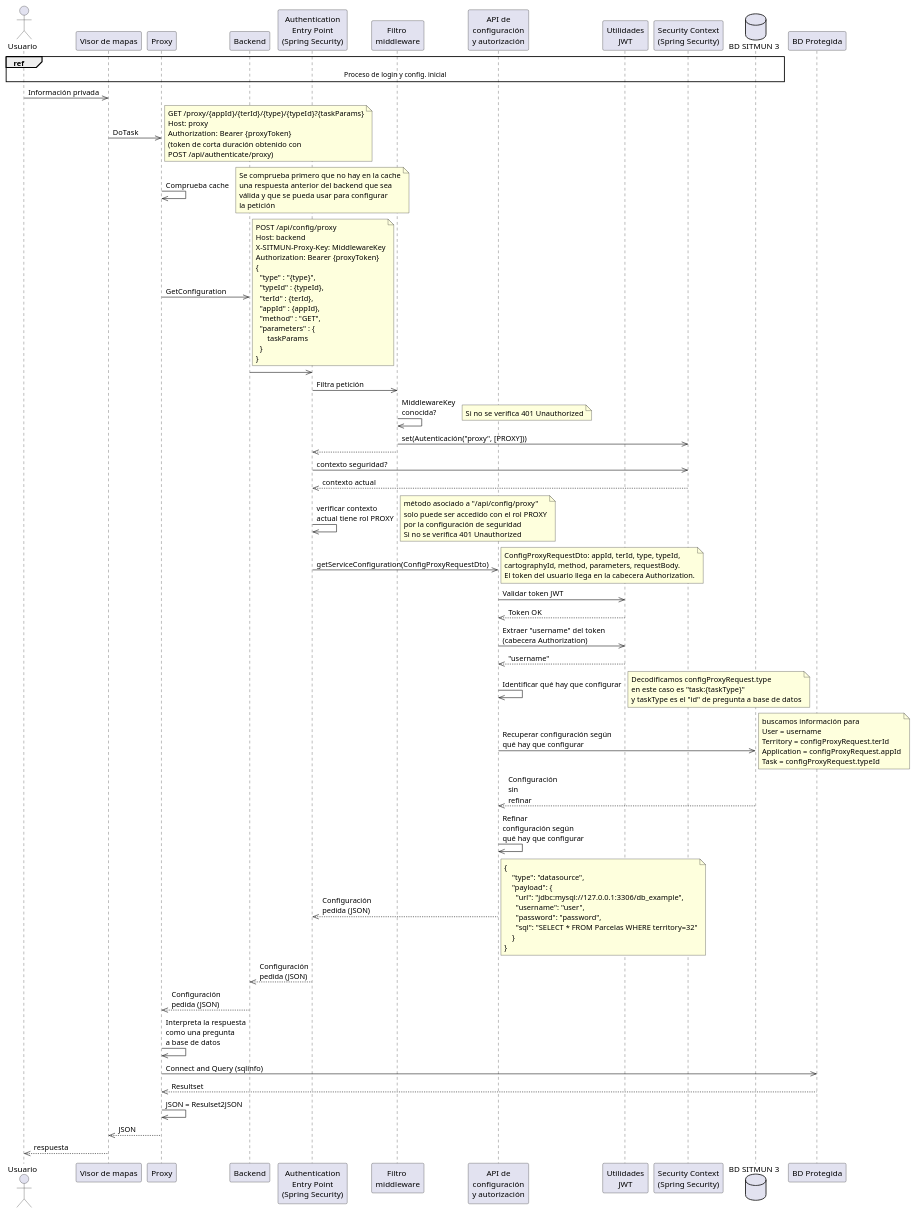
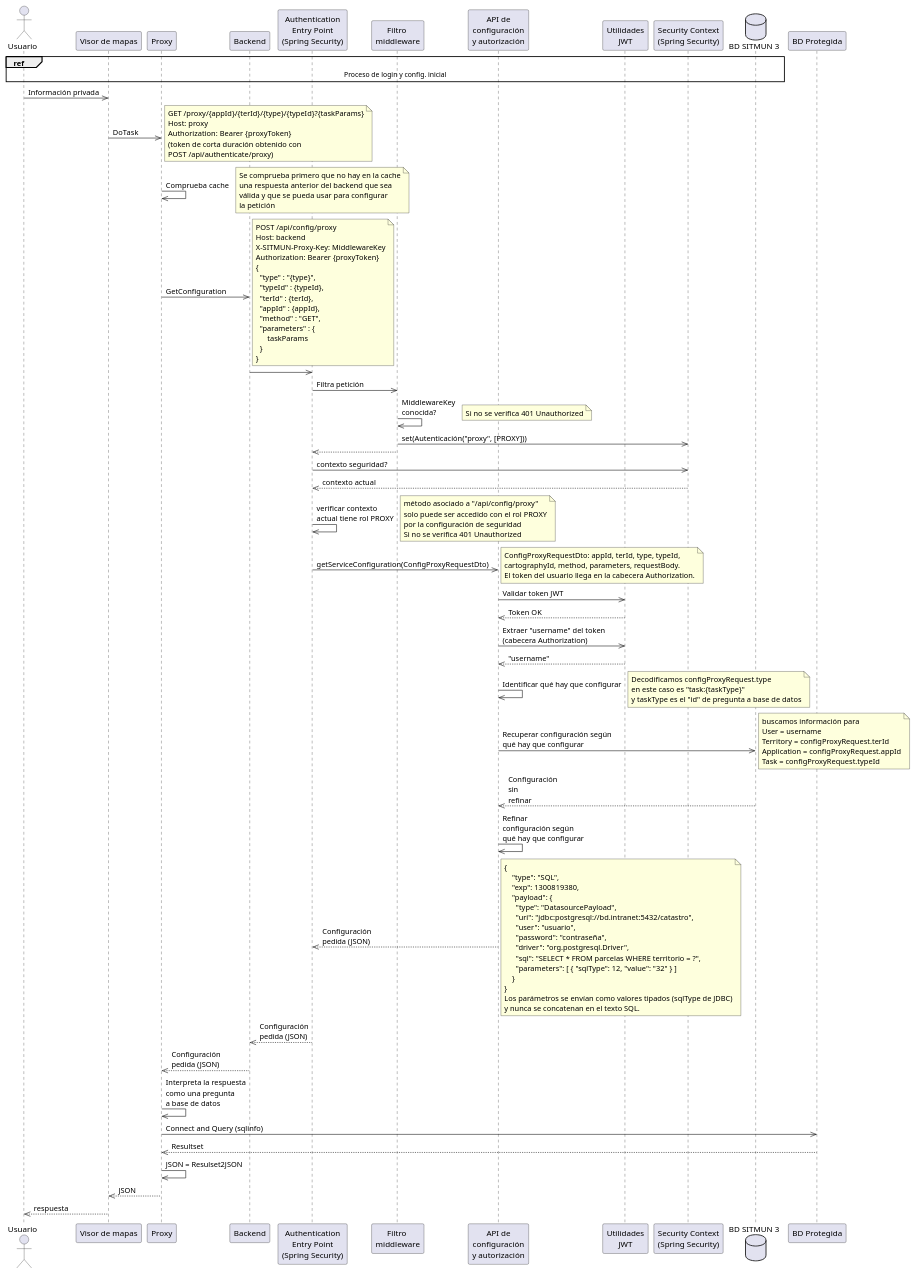
One commit to sitmun/sitmun.github.io changed the fourth of 6 diagrams in docs/que-es-sitmun/plataforma/arquitectura/index.md. Above: the diagram before and after it, drawn with PlantUML. The commit also changed other lines of this file and 1 other file, not shown here.

First line of the commit message:
docs: architecture examples that match the 1.3.0 proxy

```diff
--- a/docs/que-es-sitmun/plataforma/arquitectura/index.md
+++ b/docs/que-es-sitmun/plataforma/arquitectura/index.md
@@ -726,14 +729,20 @@
 ConfigurationAPI -->> AuthenticationEntryPoint: Configuración\npedida (JSON)
 note right
   {
-      "type": "datasource",
+      "type": "SQL",
+      "exp": 1300819380,
       "payload": {
-        "url": "jdbc:mysql://127.0.0.1:3306/db_example",
-        "username": "user",
-        "password": "password",
-        "sql": "SELECT * FROM Parcelas WHERE territory=32"
+        "type": "DatasourcePayload",
+        "uri": "jdbc:postgresql://bd.intranet:5432/catastro",
+        "user": "usuario",
+        "password": "contraseña",
+        "driver": "org.postgresql.Driver",
+        "sql": "SELECT * FROM parcelas WHERE territorio = ?",
+        "parameters": [ { "sqlType": 12, "value": "32" } ]
       }
   }
+  Los parámetros se envían como valores tipados (sqlType de JDBC)
+  y nunca se concatenan en el texto SQL.
 end note
 AuthenticationEntryPoint -->> Backend: Configuración\npedida (JSON)
 Backend -->> Proxy: Configuración\npedida (JSON)
```
